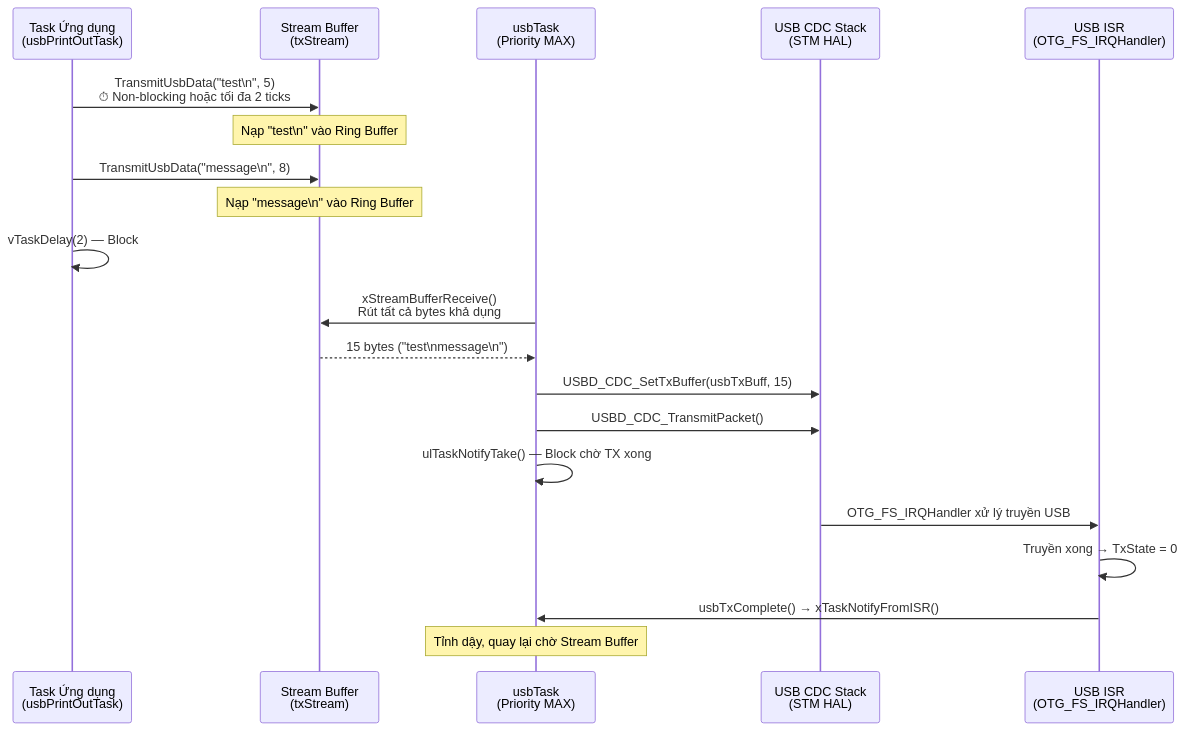
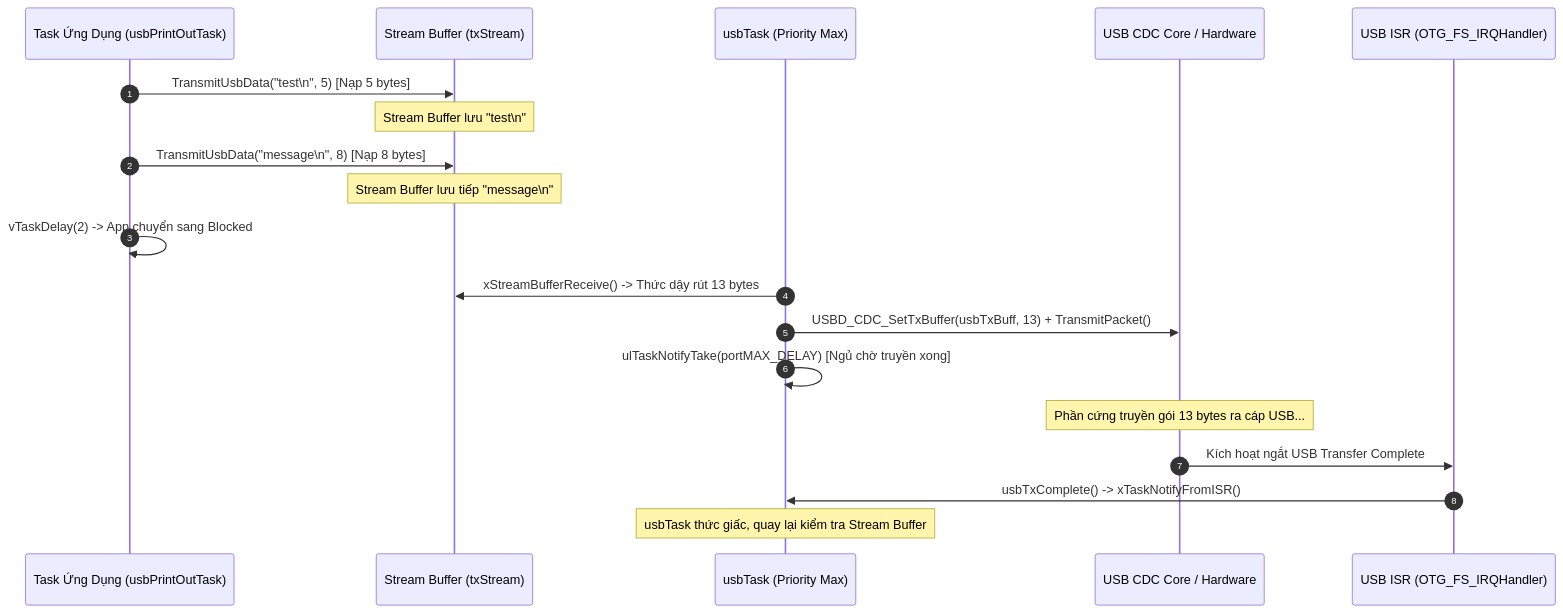
Before and after one commit to MinnT15/RTOS: the third of 8 diagrams in 10_Sharing_Hardware_Peripherals.md, drawn with Mermaid. The commit also changed other lines of this file, not shown here.

Commit message:
docs: upgrade Chapter 10 Sharing Hardware Peripherals across Tasks to 100% textbook depth (Amos Ch11 & Barry Ch7)

````diff
--- a/10_Sharing_Hardware_Peripherals.md
+++ b/10_Sharing_Hardware_Peripherals.md
@@ -1101,30 +442,24 @@
 ```mermaid
 sequenceDiagram
-    participant App as Task Ứng dụng<br/>(usbPrintOutTask)
-    participant SB as Stream Buffer<br/>(txStream)
-    participant UT as usbTask<br/>(Priority MAX)
-    participant USB as USB CDC Stack<br/>(STM HAL)
-    participant ISR as USB ISR<br/>(OTG_FS_IRQHandler)
+    autonumber
+    participant App as Task Ứng Dụng (usbPrintOutTask)
+    participant SB as Stream Buffer (txStream)
+    participant UT as usbTask (Priority Max)
+    participant USB as USB CDC Core / Hardware
+    participant ISR as USB ISR (OTG_FS_IRQHandler)
 
-    App->>SB: TransmitUsbData("test\n", 5)<br/>⏱ Non-blocking hoặc tối đa 2 ticks
-    Note over SB: Nạp "test\n" vào Ring Buffer
+    App->>SB: TransmitUsbData("test\n", 5) [Nạp 5 bytes]
+    Note over SB: Stream Buffer lưu "test\n"
+    App->>SB: TransmitUsbData("message\n", 8) [Nạp 8 bytes]
+    Note over SB: Stream Buffer lưu tiếp "message\n"
+    App->>App: vTaskDelay(2) -> App chuyển sang Blocked
     
-    App->>SB: TransmitUsbData("message\n", 8)
-    Note over SB: Nạp "message\n" vào Ring Buffer
+    UT->>SB: xStreamBufferReceive() -> Thức dậy rút 13 bytes
+    UT->>USB: USBD_CDC_SetTxBuffer(usbTxBuff, 13) + TransmitPacket()
+    UT->>UT: ulTaskNotifyTake(portMAX_DELAY) [Ngủ chờ truyền xong]
     
-    App->>App: vTaskDelay(2) — Block
-    
-    UT->>SB: xStreamBufferReceive()<br/>Rút tất cả bytes khả dụng
-    SB-->>UT: 15 bytes ("test\nmessage\n")
-    
-    UT->>USB: USBD_CDC_SetTxBuffer(usbTxBuff, 15)
-    UT->>USB: USBD_CDC_TransmitPacket()
-    
-    UT->>UT: ulTaskNotifyTake() — Block chờ TX xong
-    
-    USB->>ISR: OTG_FS_IRQHandler xử lý truyền USB
-    ISR->>ISR: Truyền xong → TxState = 0
-    ISR->>UT: usbTxComplete() → xTaskNotifyFromISR()
-    
-    Note over UT: Tỉnh dậy, quay lại chờ Stream Buffer
+    Note over USB: Phần cứng truyền gói 13 bytes ra cáp USB...
+    USB->>ISR: Kích hoạt ngắt USB Transfer Complete
+    ISR->>UT: usbTxComplete() -> xTaskNotifyFromISR()
+    Note over UT: usbTask thức giấc, quay lại kiểm tra Stream Buffer
 ```
````
